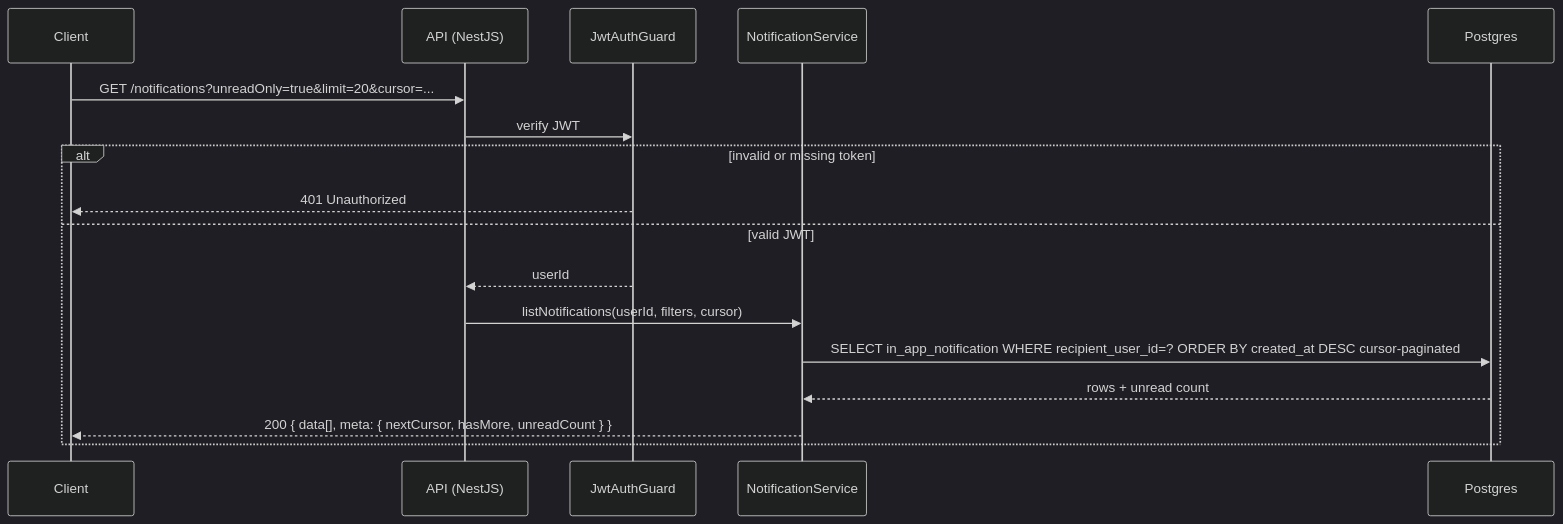
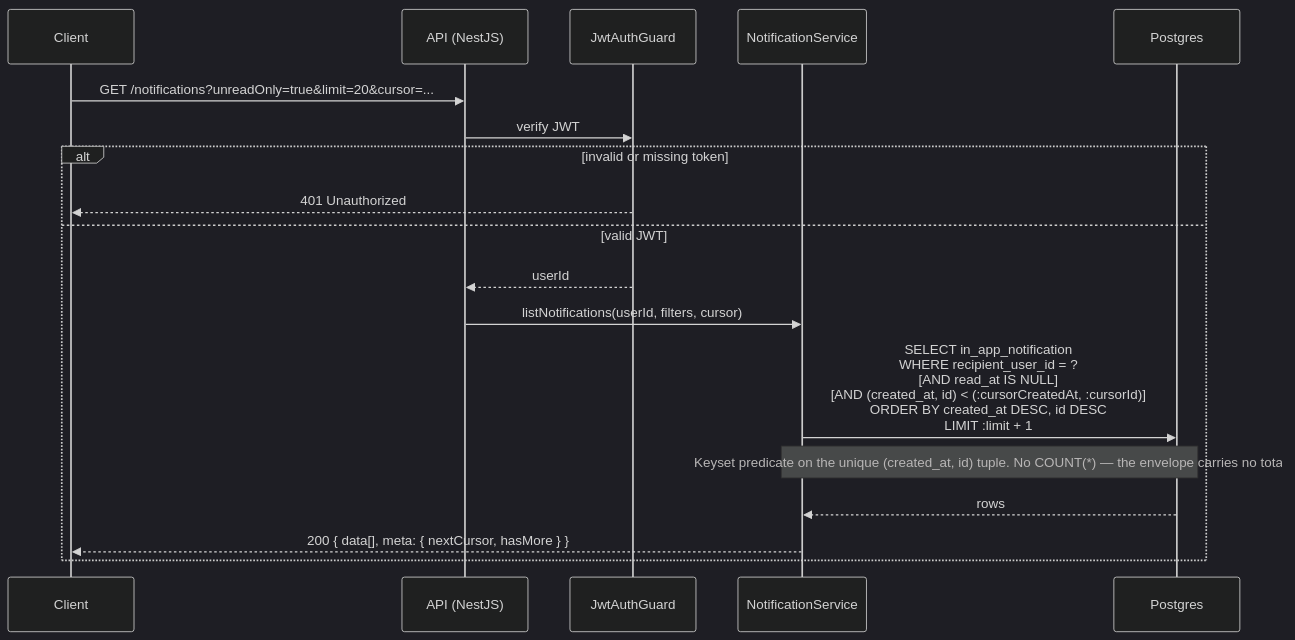
Before and after one commit to alisa-uthi/aliceut-ecom-document: the first of 5 diagrams in phase-1/technical-design/api-design/notifications.md, drawn with Mermaid (dark theme). The commit also changed other lines of this file and 73 other files, not shown here.

````diff
--- a/phase-1/technical-design/api-design/notifications.md
+++ b/phase-1/technical-design/api-design/notifications.md
@@ -70,20 +78,21 @@
 ```mermaid
 sequenceDiagram
     participant C as Client
     participant API as API (NestJS)
     participant JG as JwtAuthGuard
     participant S as NotificationService
     participant PG as Postgres
 
     C->>API: GET /notifications?unreadOnly=true&limit=20&cursor=...
     API->>JG: verify JWT
     alt invalid or missing token
         JG-->>C: 401 Unauthorized
     else valid JWT
         JG-->>API: userId
         API->>S: listNotifications(userId, filters, cursor)
-        S->>PG: SELECT in_app_notification WHERE recipient_user_id=? ORDER BY created_at DESC cursor-paginated
-        PG-->>S: rows + unread count
-        S-->>C: 200 { data[], meta: { nextCursor, hasMore, unreadCount } }
+        S->>PG: SELECT in_app_notification<br/>WHERE recipient_user_id = ?<br/>  [AND read_at IS NULL]<br/>  [AND (created_at, id) < (:cursorCreatedAt, :cursorId)]<br/>ORDER BY created_at DESC, id DESC<br/>LIMIT :limit + 1
+        Note over S,PG: Keyset predicate on the unique (created_at, id) tuple. No COUNT(*) — the envelope carries no total
+        PG-->>S: rows
+        S-->>C: 200 { data[], meta: { nextCursor, hasMore } }
     end
 ```
````
